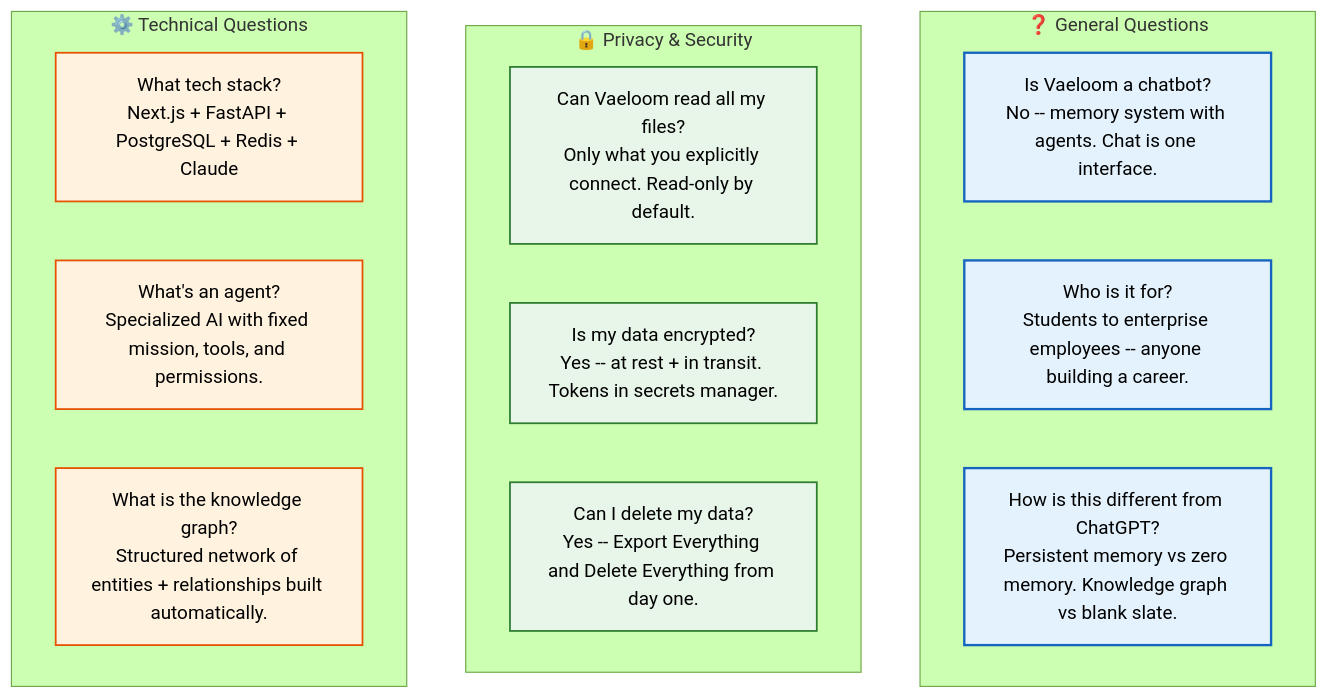
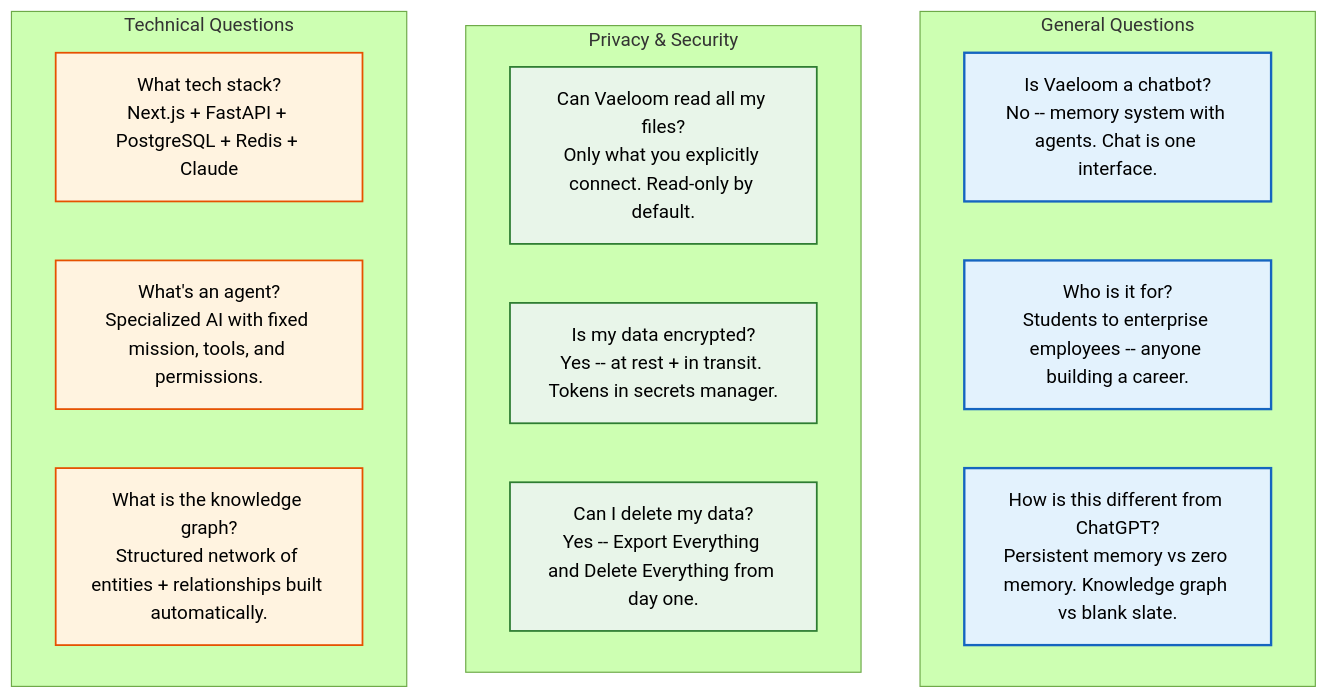
The diagram in docs/product/FAQ.md (Driftloom/Vaeloom), drawn with Mermaid (forest theme) before and after one commit. The commit also changed other lines of this file and 694 other files, not shown here.

First line of the commit message:
docs: mermaid standardization — encoding/mermaid/duplicate cleanup

````diff
--- a/docs/product/FAQ.md
+++ b/docs/product/FAQ.md
@@ -7,30 +7,30 @@
 ```mermaid
 graph TD
-    classDef general fill:#e3f2fd,stroke:#1565c0,color:#000,stroke-width:2px
-    classDef privacy fill:#e8f5e9,stroke:#2e7d32,color:#000,stroke-width:1.5px
-    classDef tech fill:#fff3e0,stroke:#e65100,color:#000,stroke-width:1.5px
+ classDef general fill:#e3f2fd,stroke:#1565c0,color:#000,stroke-width:2px
+ classDef privacy fill:#e8f5e9,stroke:#2e7d32,color:#000,stroke-width:1.5px
+ classDef tech fill:#fff3e0,stroke:#e65100,color:#000,stroke-width:1.5px
 
-    subgraph General["❓ General Questions"]
-        G1["Is Vaeloom a chatbot?<br/>No -- memory system with agents. Chat is one interface."]
-        G2["Who is it for?<br/>Students to enterprise employees -- anyone building a career."]
-        G3["How is this different from ChatGPT?<br/>Persistent memory vs zero memory. Knowledge graph vs blank slate."]
-    end
+ subgraph General["General Questions"]
+ G1["Is Vaeloom a chatbot?<br/>No -- memory system with agents. Chat is one interface."]
+ G2["Who is it for?<br/>Students to enterprise employees -- anyone building a career."]
+ G3["How is this different from ChatGPT?<br/>Persistent memory vs zero memory. Knowledge graph vs blank slate."]
+ end
 
-    subgraph Privacy["🔒 Privacy & Security"]
-        P1["Can Vaeloom read all my files?<br/>Only what you explicitly connect. Read-only by default."]
-        P2["Is my data encrypted?<br/>Yes -- at rest + in transit. Tokens in secrets manager."]
-        P3["Can I delete my data?<br/>Yes -- Export Everything and Delete Everything from day one."]
-    end
+ subgraph Privacy["Privacy & Security"]
+ P1["Can Vaeloom read all my files?<br/>Only what you explicitly connect. Read-only by default."]
+ P2["Is my data encrypted?<br/>Yes -- at rest + in transit. Tokens in secrets manager."]
+ P3["Can I delete my data?<br/>Yes -- Export Everything and Delete Everything from day one."]
+ end
 
-    subgraph Technical["⚙️ Technical Questions"]
-        T1["What tech stack?<br/>Next.js + FastAPI + PostgreSQL + Redis + Claude"]
-        T2["What's an agent?<br/>Specialized AI with fixed mission, tools, and permissions."]
-        T3["What is the knowledge graph?<br/>Structured network of entities + relationships built automatically."]
-    end
+ subgraph Technical["Technical Questions"]
+ T1["What tech stack?<br/>Next.js + FastAPI + PostgreSQL + Redis + Claude"]
+ T2["What's an agent?<br/>Specialized AI with fixed mission, tools, and permissions."]
+ T3["What is the knowledge graph?<br/>Structured network of entities + relationships built automatically."]
+ end
 
-    General & Privacy & Technical
+ General & Privacy & Technical
 
-    class G1,G2,G3 general
-    class P1,P2,P3 privacy
-    class T1,T2,T3 tech
+ class G1,G2,G3 general
+ class P1,P2,P3 privacy
+ class T1,T2,T3 tech
 ```
````
